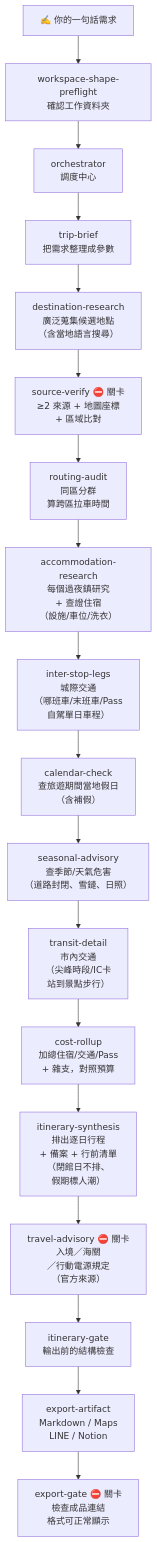
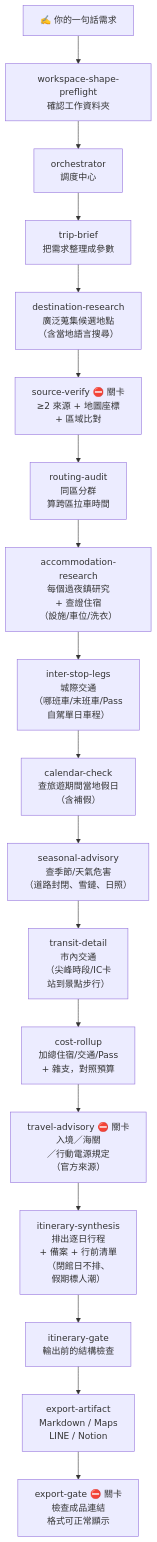
One commit to helping-ai-workflow/tripwork changed the diagram in README.md. Above: the diagram before and after it, drawn with Mermaid. The commit also changed other lines of this file, not shown here.

Commit message:
docs(readme): move travel-advisory before synthesis in §2 mermaid + step table (TW-028)

````diff
--- a/README.md
+++ b/README.md
@@ -100,22 +100,22 @@
 ```mermaid
 %%{init: {'flowchart':{'htmlLabels':true}}}%%
 flowchart TB
     P["✍️ 你的一句話需求"]
     P --> WSP["workspace-shape-preflight<br/>確認工作資料夾"]
     WSP --> ORC["orchestrator<br/>調度中心"]
     ORC --> TB["trip-brief<br/>把需求整理成參數"]
     TB --> DR["destination-research<br/>廣泛蒐集候選地點<br/>（含當地語言搜尋）"]
     DR --> SV["source-verify ⛔ 關卡<br/>≥2 來源 + 地圖座標<br/>+ 區域比對"]
     SV --> RA["routing-audit<br/>同區分群<br/>算跨區拉車時間"]
     RA --> ACC["accommodation-research<br/>每個過夜鎮研究<br/>+ 查證住宿<br/>（設施/車位/洗衣）"]
     ACC --> LEG["inter-stop-legs<br/>城際交通<br/>（哪班車/末班車/Pass<br/>自駕單日車程）"]
     LEG --> CAL["calendar-check<br/>查旅遊期間當地假日<br/>（含補假）"]
     CAL --> SEA["seasonal-advisory<br/>查季節/天氣危害<br/>（道路封閉、雪鏈、日照）"]
     SEA --> TRN["transit-detail<br/>市內交通<br/>（尖峰時段/IC卡<br/>站到景點步行）"]
     TRN --> COST["cost-rollup<br/>加總住宿/交通/Pass<br/>+ 雜支，對照預算"]
-    COST --> SYN["itinerary-synthesis<br/>排出逐日行程<br/>+ 備案 + 行前清單<br/>（閉館日不排、<br/>假期標人潮）"]
-    SYN --> ADV["travel-advisory ⛔ 關卡<br/>入境／海關<br/>／行動電源規定<br/>（官方來源）"]
-    ADV --> GATE["itinerary-gate<br/>輸出前的結構檢查"]
+    COST --> ADV["travel-advisory ⛔ 關卡<br/>入境／海關<br/>／行動電源規定<br/>（官方來源）"]
+    ADV --> SYN["itinerary-synthesis<br/>排出逐日行程<br/>+ 備案 + 行前清單<br/>（閉館日不排、<br/>假期標人潮）"]
+    SYN --> GATE["itinerary-gate<br/>輸出前的結構檢查"]
     GATE --> EXP["export-artifact<br/>Markdown / Maps<br/>LINE / Notion"]
     EXP --> EGATE["export-gate ⛔ 關卡<br/>檢查成品連結<br/>格式可正常顯示"]
 ```
````
